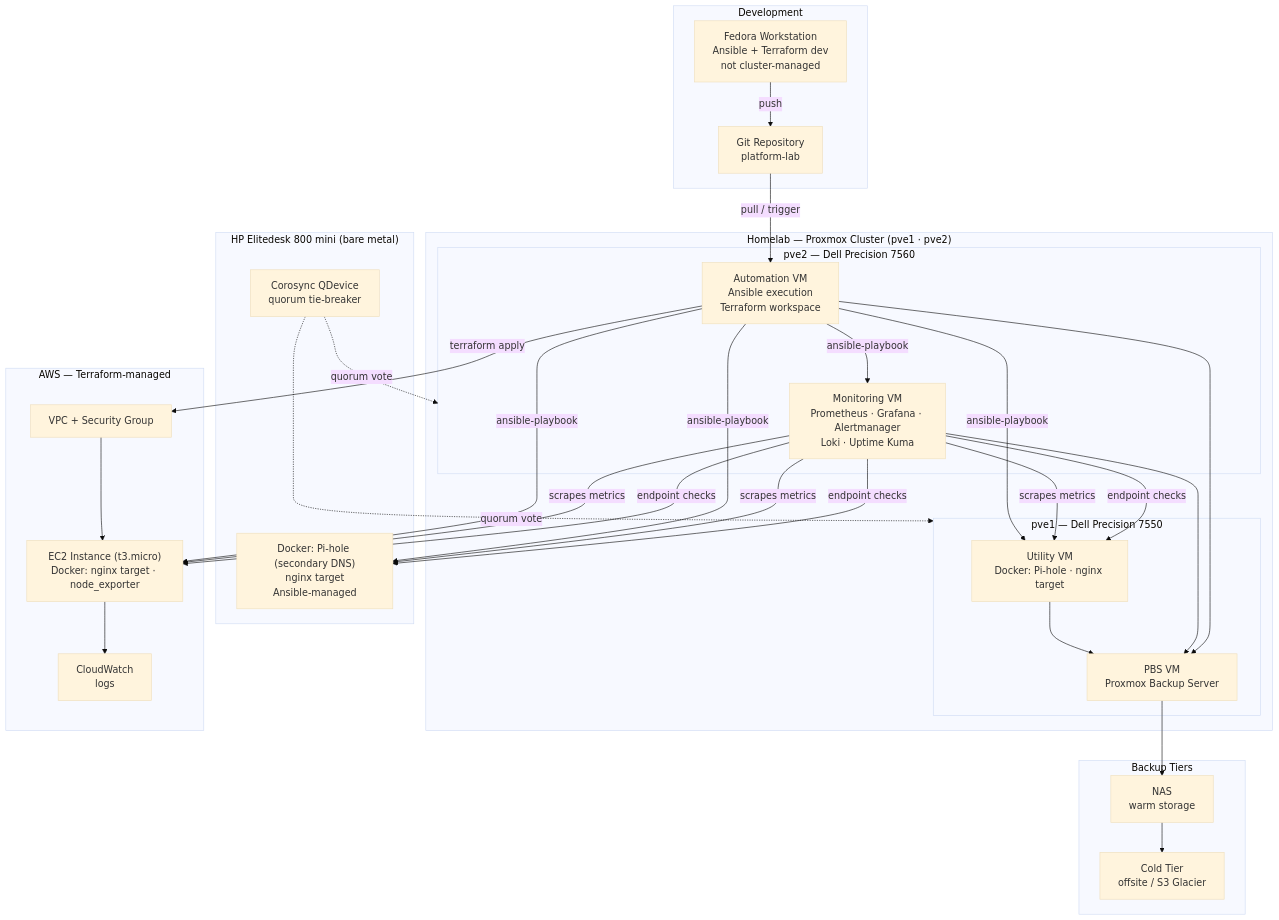
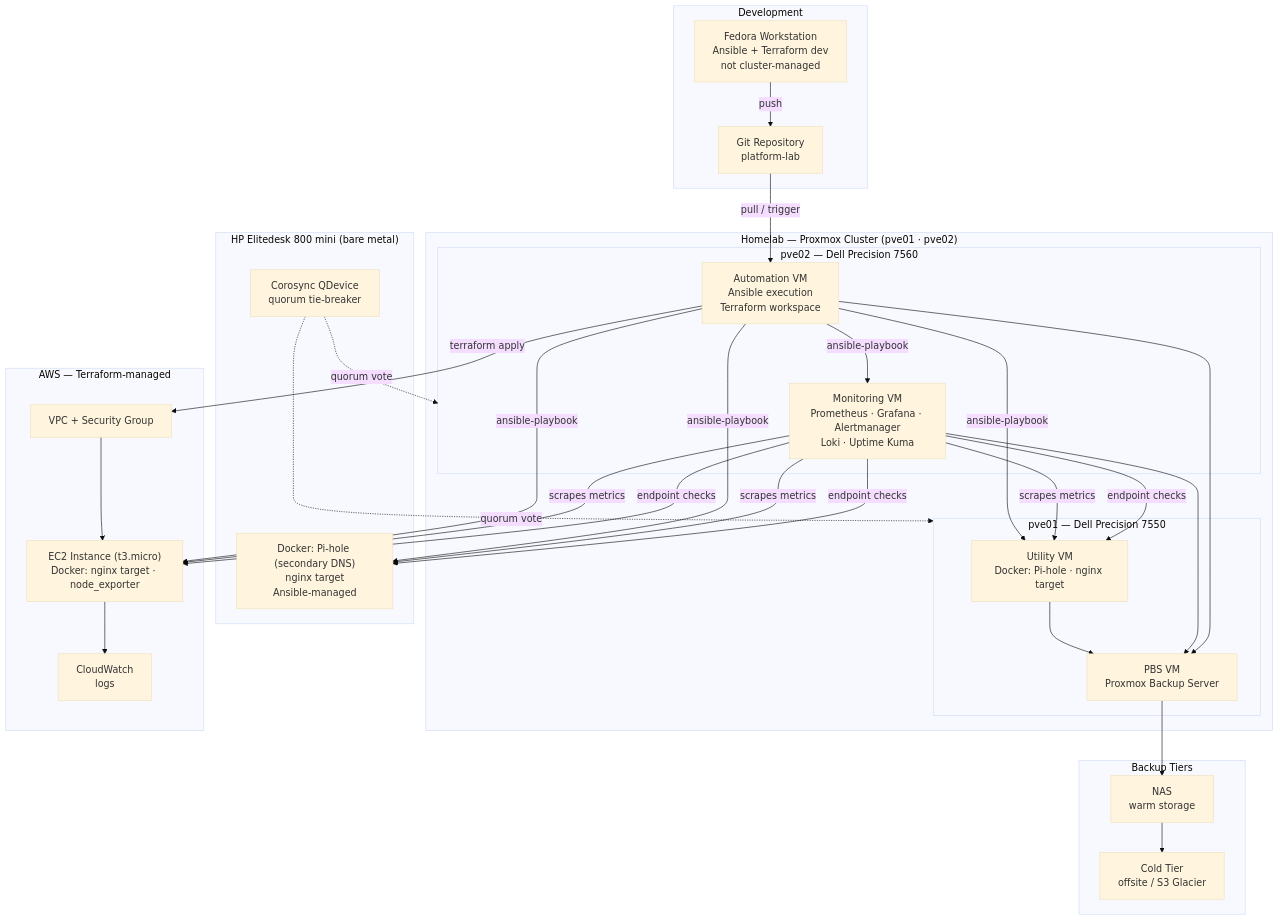
One commit to alashe/platform-lab changed the first of 6 diagrams in docs/architecture/platform-diagram.md. Above: the diagram before and after it, drawn with Mermaid (base theme). The commit also changed other lines of this file and 4 other files, not shown here.

````diff
--- a/docs/architecture/platform-diagram.md
+++ b/docs/architecture/platform-diagram.md
@@ -7,60 +7,60 @@
 ```mermaid
 flowchart TD
   subgraph Dev["Development"]
     FED["Fedora Workstation\nAnsible + Terraform dev\nnot cluster-managed"]
     GIT["Git Repository\nplatform-lab"]
   end
 
-  subgraph Proxmox["Homelab — Proxmox Cluster (pve1 · pve2)"]
-    subgraph pve1["pve1 — Dell Precision 7550"]
+  subgraph Proxmox["Homelab — Proxmox Cluster (pve01 · pve02)"]
+    subgraph pve01["pve01 — Dell Precision 7550"]
       UVM["Utility VM\nDocker: Pi-hole · nginx target"]
       PBS["PBS VM\nProxmox Backup Server"]
     end
-    subgraph pve2["pve2 — Dell Precision 7560"]
+    subgraph pve02["pve02 — Dell Precision 7560"]
       MVM["Monitoring VM\nPrometheus · Grafana · Alertmanager\nLoki · Uptime Kuma"]
       AVM["Automation VM\nAnsible execution\nTerraform workspace"]
     end
   end
 
   subgraph EliteDesk["HP Elitedesk 800 mini (bare metal)"]
     QD["Corosync QDevice\nquorum tie-breaker"]
     BM["Docker: Pi-hole (secondary DNS)\nnginx target\nAnsible-managed"]
   end
 
   subgraph Storage["Backup Tiers"]
     NAS["NAS\nwarm storage"]
     COLD["Cold Tier\noffsite / S3 Glacier"]
   end
 
   subgraph AWS["AWS — Terraform-managed"]
     VPC["VPC + Security Group"]
     EC2["EC2 Instance (t3.micro)\nDocker: nginx target · node_exporter"]
     CW["CloudWatch\nlogs"]
   end
 
   FED -->|"push"| GIT
   GIT -->|"pull / trigger"| AVM
   AVM -->|"ansible-playbook"| UVM
   AVM -->|"ansible-playbook"| MVM
   AVM -->|"ansible-playbook"| BM
   AVM -->|"ansible-playbook"| EC2
   AVM -->|"terraform apply"| VPC
 
   MVM -->|"scrapes metrics"| UVM
   MVM -->|"scrapes metrics"| BM
   MVM -->|"scrapes metrics"| EC2
   MVM -->|"endpoint checks"| UVM
   MVM -->|"endpoint checks"| BM
   MVM -->|"endpoint checks"| EC2
 
   EC2 --> CW
   VPC --> EC2
 
   UVM --> PBS
   MVM --> PBS
   AVM --> PBS
   PBS --> NAS --> COLD
 
-  QD -.->|"quorum vote"| pve1
-  QD -.->|"quorum vote"| pve2
+  QD -.->|"quorum vote"| pve01
+  QD -.->|"quorum vote"| pve02
 ```
````
